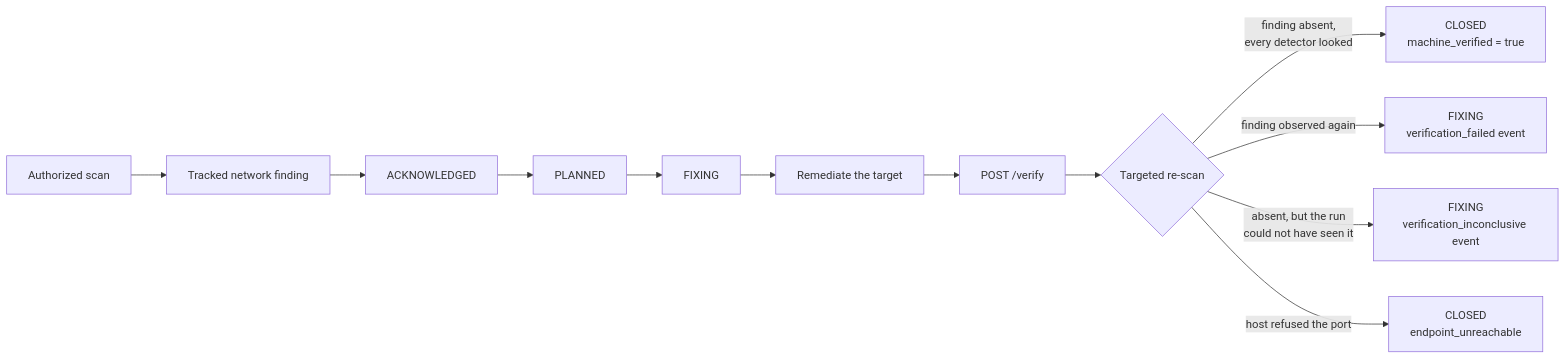
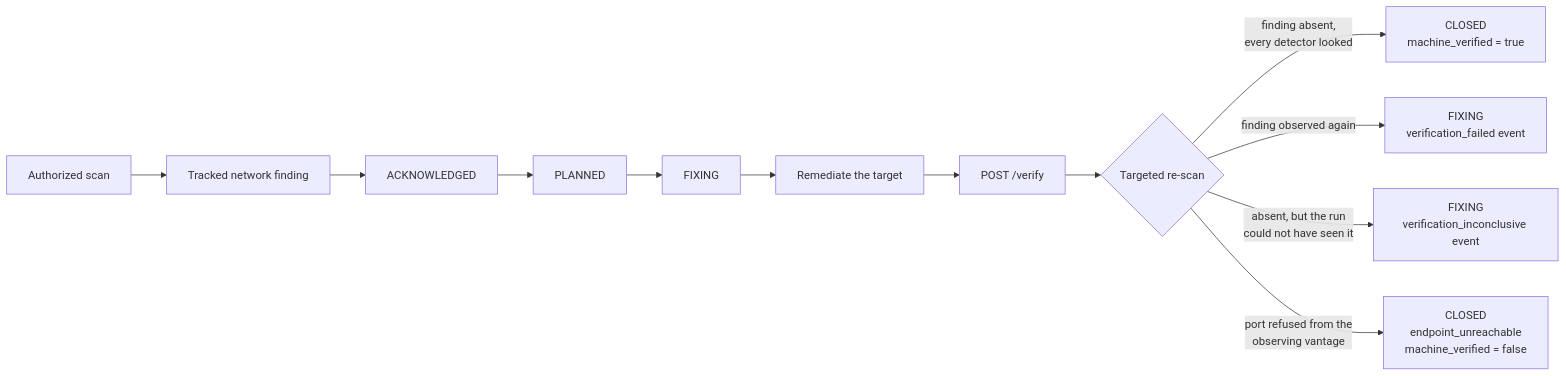
The diagram in docs/demo-remediation-loop.md (onixus/Shapoclyack), drawn with Mermaid before and after one commit. The commit also changed other lines of this file and 9 other files, not shown here.

First line of the commit message:
docs: endpoint_unreachable is not reachable from a vantage, never machine-verified

````diff
--- a/docs/demo-remediation-loop.md
+++ b/docs/demo-remediation-loop.md
@@ -18,14 +18,14 @@
 ```mermaid
 flowchart LR
     A[Authorized scan] --> B[Tracked network finding]
     B --> C[ACKNOWLEDGED]
     C --> D[PLANNED]
     D --> E[FIXING]
     E --> F[Remediate the target]
     F --> G[POST /verify]
     G --> H{Targeted re-scan}
     H -->|finding absent,<br/>every detector looked| I[CLOSED<br/>machine_verified = true]
     H -->|finding observed again| J[FIXING<br/>verification_failed event]
     H -->|absent, but the run<br/>could not have seen it| K[FIXING<br/>verification_inconclusive event]
-    H -->|host refused the port| L[CLOSED<br/>endpoint_unreachable]
+    H -->|port refused from the<br/>observing vantage| L[CLOSED<br/>endpoint_unreachable<br/>machine_verified = false]
 ```
````
